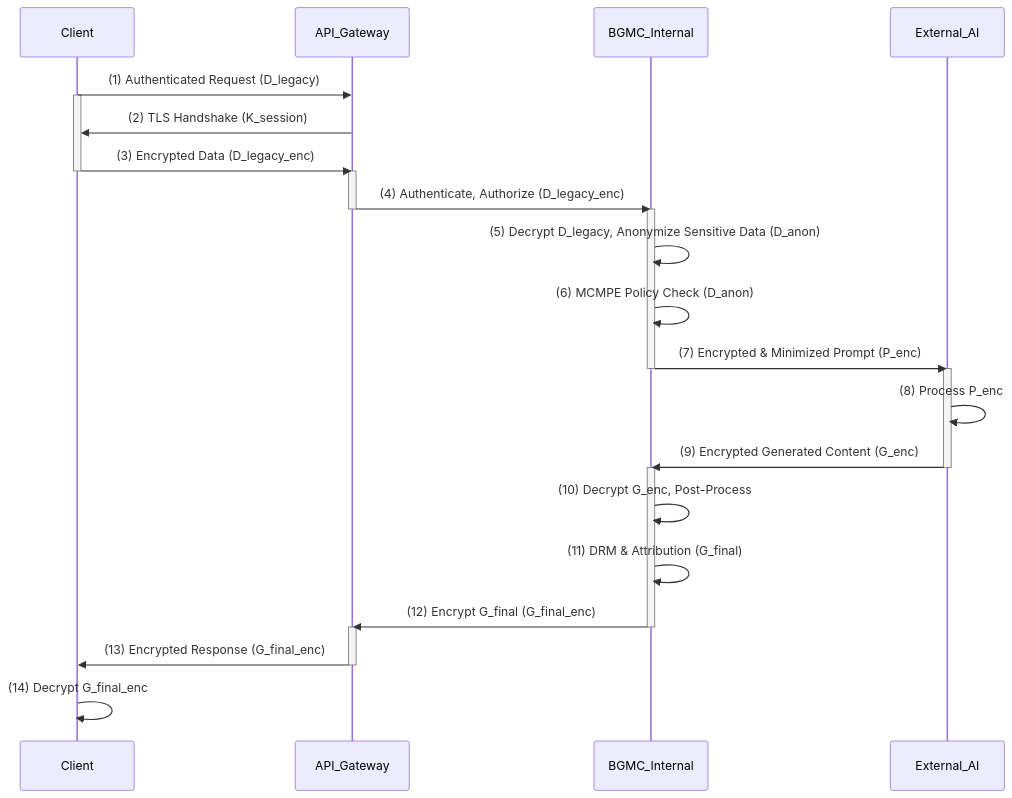
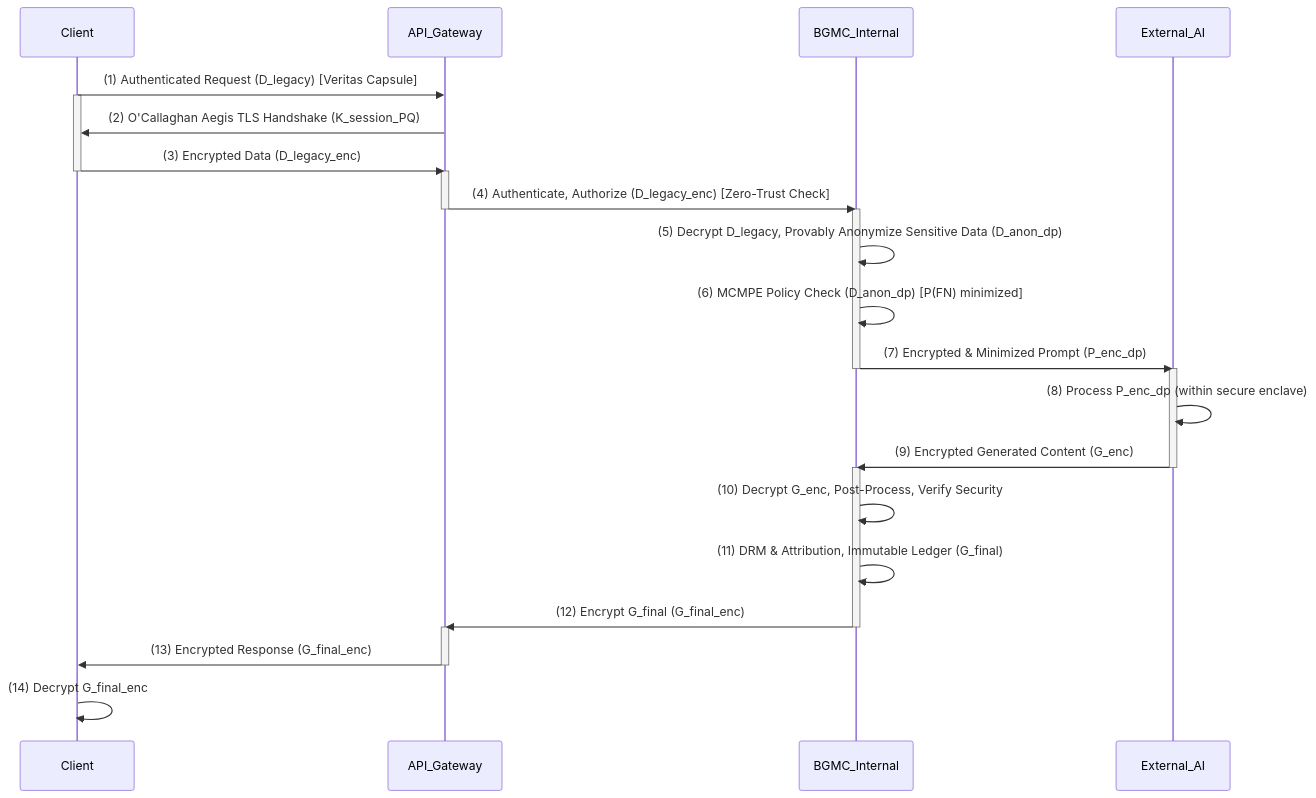
The tenth of 11 diagrams in inventions/inventions/inventions/inventions/ai_driven_software_architecture_generation/legacy_system_modernization.md (diplomat-bit/Citibank_Demo_Business_Inc_Demonstration-), drawn with Mermaid before and after one commit. The commit also changed other lines of this file, not shown here.

```diff
--- a/inventions/inventions/inventions/inventions/ai_driven_software_architecture_generation/legacy_system_modernization.md
+++ b/inventions/inventions/inventions/inventions/ai_driven_software_architecture_generation/legacy_system_modernization.md
@@ -514,34 +511,34 @@
     <pre class="mermaid">
 sequenceDiagram
     participant Client
     participant API_Gateway
     participant BGMC_Internal
     participant External_AI
 
-    Client->>API_Gateway: (1) Authenticated Request (D_legacy)
+    Client->>API_Gateway: (1) Authenticated Request (D_legacy) [Veritas Capsule]
     activate Client
-    API_Gateway->>Client: (2) TLS Handshake (K_session)
+    API_Gateway->>Client: (2) O'Callaghan Aegis TLS Handshake (K_session_PQ)
     Client->>API_Gateway: (3) Encrypted Data (D_legacy_enc)
     deactivate Client
     activate API_Gateway
-    API_Gateway->>BGMC_Internal: (4) Authenticate, Authorize (D_legacy_enc)
+    API_Gateway->>BGMC_Internal: (4) Authenticate, Authorize (D_legacy_enc) [Zero-Trust Check]
     deactivate API_Gateway
     activate BGMC_Internal
-    BGMC_Internal->>BGMC_Internal: (5) Decrypt D_legacy, Anonymize Sensitive Data (D_anon)
-    BGMC_Internal->>BGMC_Internal: (6) MCMPE Policy Check (D_anon)
-    BGMC_Internal->>External_AI: (7) Encrypted & Minimized Prompt (P_enc)
+    BGMC_Internal->>BGMC_Internal: (5) Decrypt D_legacy, Provably Anonymize Sensitive Data (D_anon_dp)
+    BGMC_Internal->>BGMC_Internal: (6) MCMPE Policy Check (D_anon_dp) [P(FN) minimized]
+    BGMC_Internal->>External_AI: (7) Encrypted & Minimized Prompt (P_enc_dp)
     deactivate BGMC_Internal
     activate External_AI
-    External_AI->>External_AI: (8) Process P_enc
+    External_AI->>External_AI: (8) Process P_enc_dp (within secure enclave)
     External_AI->>BGMC_Internal: (9) Encrypted Generated Content (G_enc)
     deactivate External_AI
     activate BGMC_Internal
-    BGMC_Internal->>BGMC_Internal: (10) Decrypt G_enc, Post-Process
-    BGMC_Internal->>BGMC_Internal: (11) DRM & Attribution (G_final)
+    BGMC_Internal->>BGMC_Internal: (10) Decrypt G_enc, Post-Process, Verify Security
+    BGMC_Internal->>BGMC_Internal: (11) DRM & Attribution, Immutable Ledger (G_final)
     BGMC_Internal->>API_Gateway: (12) Encrypt G_final (G_final_enc)
     deactivate BGMC_Internal
     activate API_Gateway
     API_Gateway->>Client: (13) Encrypted Response (G_final_enc)
     deactivate API_Gateway
     Client->>Client: (14) Decrypt G_final_enc
     </pre>
```
